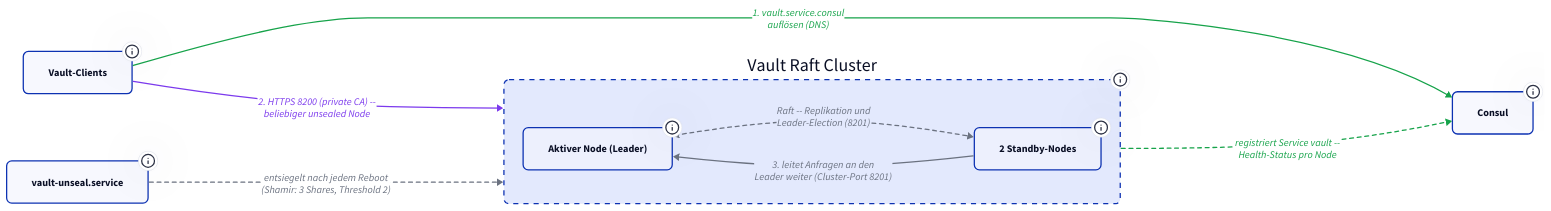
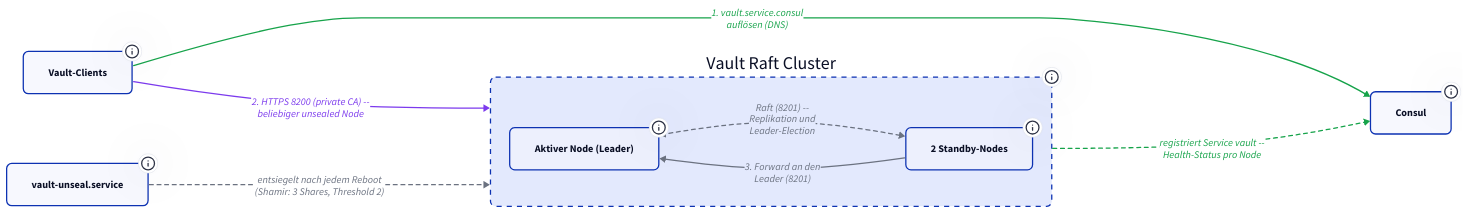
Before and after one commit to derever-labs/homelab-wiki: the first of 2 diagrams in docs/plattform/vault/index.md, drawn with D2. The commit also changed other lines of this file and 1 other file, not shown here.

Commit message:
docs(plattform): Kantenlabels der D2-Diagramme freistellen
Review-Nacharbeit PR #144: Nomad-Kanten auf den inneren Node statt
den Container gezielt, Vault-Cluster-Labels schmaler umbrochen und
die JWKS-Kante vom Vault-Container gefuehrt, damit kein Label mehr
von Rahmen oder Kanten durchschnitten wird.

````diff
--- a/docs/plattform/vault/index.md
+++ b/docs/plattform/vault/index.md
@@ -43,50 +43,50 @@
 ```d2
 classes: {
   node: { style: { border-radius: 8 } }
   container: { style: { border-radius: 8; stroke-dash: 4 } }
   secrets: { style: { stroke: "#7c3aed"; font-color: "#7c3aed" } }
   disco: { style: { stroke: "#16a34a"; font-color: "#16a34a" } }
   disco-async: { style: { stroke: "#16a34a"; stroke-dash: 3; font-color: "#16a34a" } }
   intern: { style: { stroke: "#6b7280"; font-color: "#6b7280" } }
   intern-async: { style: { stroke: "#6b7280"; stroke-dash: 3; font-color: "#6b7280" } }
 }
 
 direction: right
 
 clients: Vault-Clients {
   class: node
   tooltip: "Nomad-Tasks via Workload Identity, Admin-CLI, nächtlicher Snapshot-Job"
 }
 
 Consul: Consul {
   class: node
   tooltip: "Health-Check pro Node -- ein sealed Node fällt aus der DNS-Antwort"
 }
 
 raft: Vault Raft Cluster {
   class: container
   tooltip: "vm-nomad-server-04/05/06 -- je ein Vault-Prozess"
 
   leader: Aktiver Node (Leader) {
     class: node
     tooltip: "einziger schreibender Node -- Schreib-Quorum 2 von 3"
   }
   standby: 2 Standby-Nodes {
     class: node
     tooltip: "nehmen Anfragen an, beantworten sie aber nicht selbst"
   }
 
-  standby -> leader: "3. leitet Anfragen an den\nLeader weiter (Cluster-Port 8201)" { class: intern }
-  leader <-> standby: "Raft -- Replikation und\nLeader-Election (8201)" { class: intern-async }
+  standby -> leader: "3. Forward an den\nLeader (8201)" { class: intern }
+  leader <-> standby: "Raft (8201) --\nReplikation und\nLeader-Election" { class: intern-async }
 }
 
 unseal: vault-unseal.service {
   class: node
   tooltip: "Boot-Service auf jedem Node -- liest die Shamir-Keys lokal aus /etc/vault.d/unseal-keys"
 }
 
 clients -> Consul: "1. vault.service.consul\nauflösen (DNS)" { class: disco }
 clients -> raft: "2. HTTPS 8200 (private CA) --\nbeliebiger unsealed Node" { class: secrets }
 raft -> Consul: "registriert Service vault --\nHealth-Status pro Node" { class: disco-async }
 unseal -> raft: "entsiegelt nach jedem Reboot\n(Shamir: 3 Shares, Threshold 2)" { class: intern-async }
 ```
````
